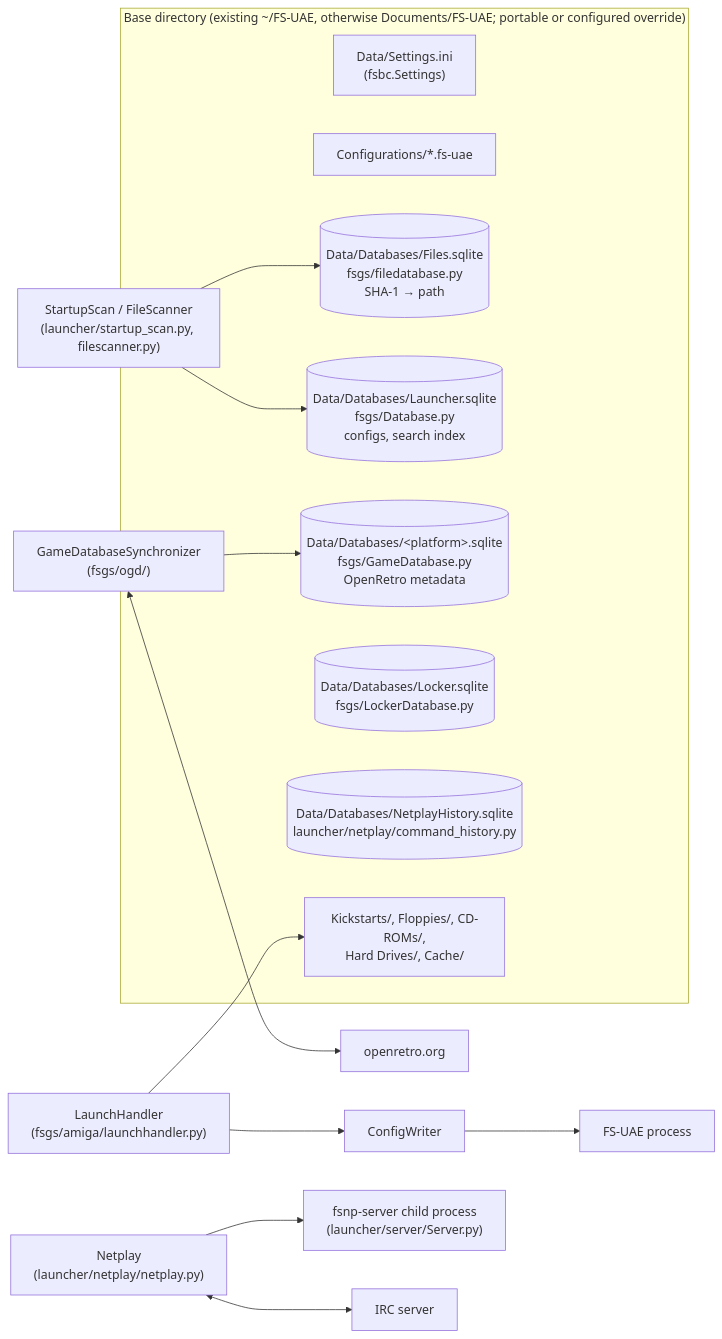
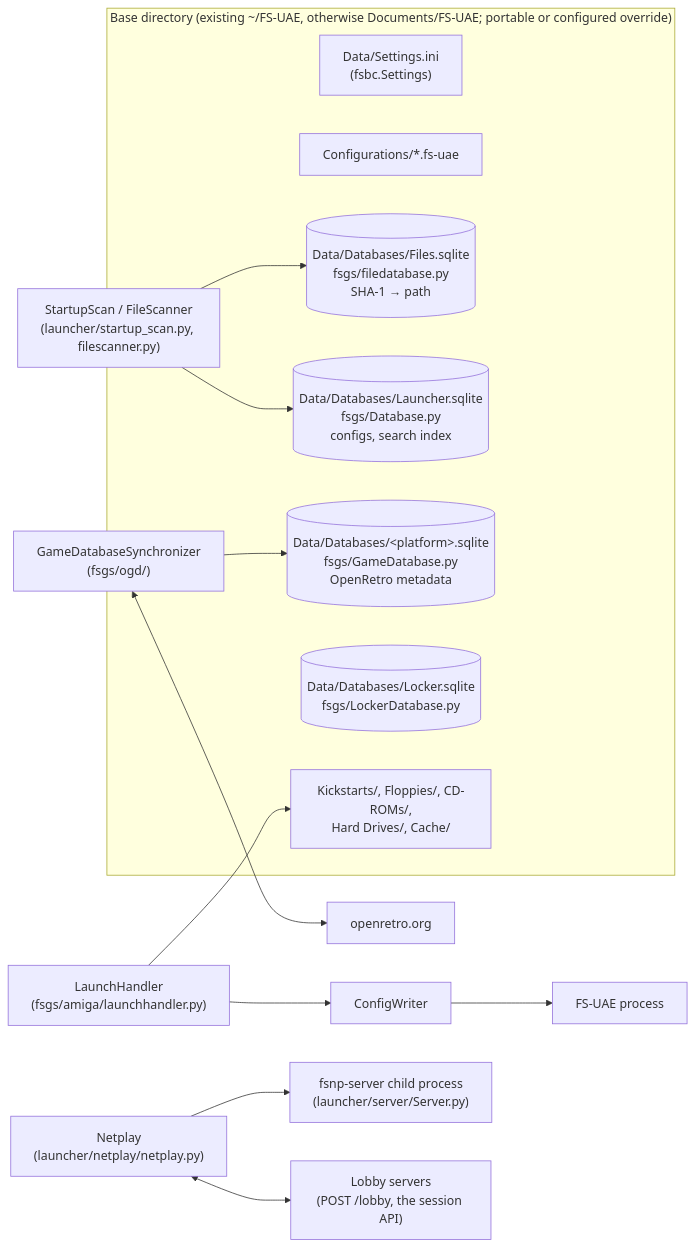
One commit to pdabel/fs-uae-launcher changed the fifth of 5 diagrams in docs/architecture.md. Above: the diagram before and after it, drawn with Mermaid. The commit also changed other lines of this file and 68 other files, not shown here.

````diff
--- a/docs/architecture.md
+++ b/docs/architecture.md
@@ -202,23 +200,22 @@
 ```mermaid
 flowchart LR
     subgraph basedir["Base directory (existing ~/FS-UAE, otherwise Documents/FS-UAE; portable or configured override)"]
         conf["Data/Settings.ini<br/>(fsbc.Settings)"]
         cfg["Configurations/*.fs-uae"]
         db1[("Data/Databases/Launcher.sqlite<br/>fsgs/Database.py<br/>configs, search index")]
         db2[("Data/Databases/&lt;platform&gt;.sqlite<br/>fsgs/GameDatabase.py<br/>OpenRetro metadata")]
         db3[("Data/Databases/Files.sqlite<br/>fsgs/filedatabase.py<br/>SHA-1 → path")]
         db4[("Data/Databases/Locker.sqlite<br/>fsgs/LockerDatabase.py")]
-        hist[("Data/Databases/NetplayHistory.sqlite<br/>launcher/netplay/command_history.py")]
         media["Kickstarts/, Floppies/, CD-ROMs/,<br/>Hard Drives/, Cache/"]
     end
 
     scan["StartupScan / FileScanner<br/>(launcher/startup_scan.py, filescanner.py)"] --> db1
     scan --> db3
     sync["GameDatabaseSynchronizer<br/>(fsgs/ogd/)"] <--> openretro["openretro.org"]
     sync --> db2
     launch["LaunchHandler<br/>(fsgs/amiga/launchhandler.py)"] --> cfgw["ConfigWriter"]
     cfgw --> fsuae["FS-UAE process"]
     launch --> media
-    np["Netplay<br/>(launcher/netplay/netplay.py)"] <--> irc["IRC server"]
+    np["Netplay<br/>(launcher/netplay/netplay.py)"] <--> lobbies["Lobby servers<br/>(POST /lobby, the session API)"]
     np --> fsnp["fsnp-server child process<br/>(launcher/server/Server.py)"]
 ```
````
